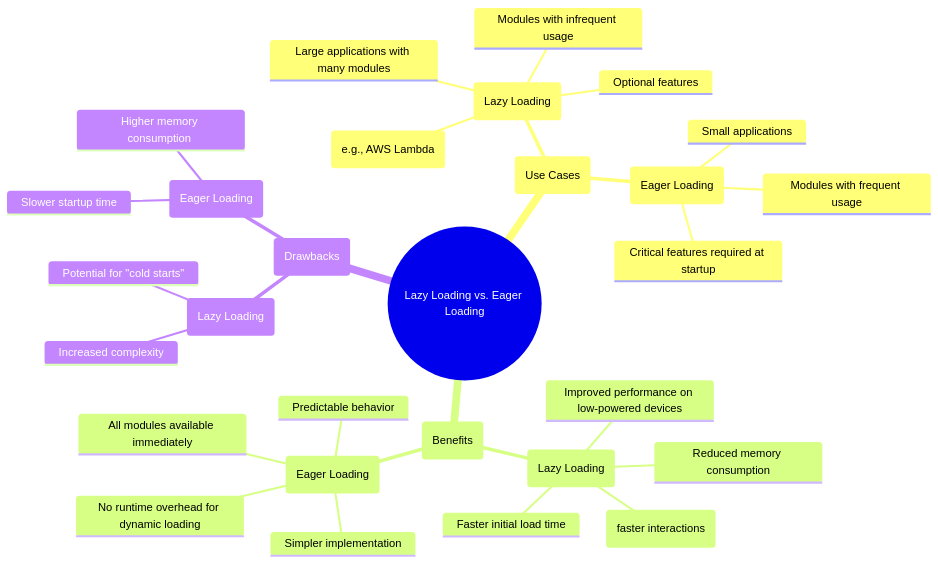
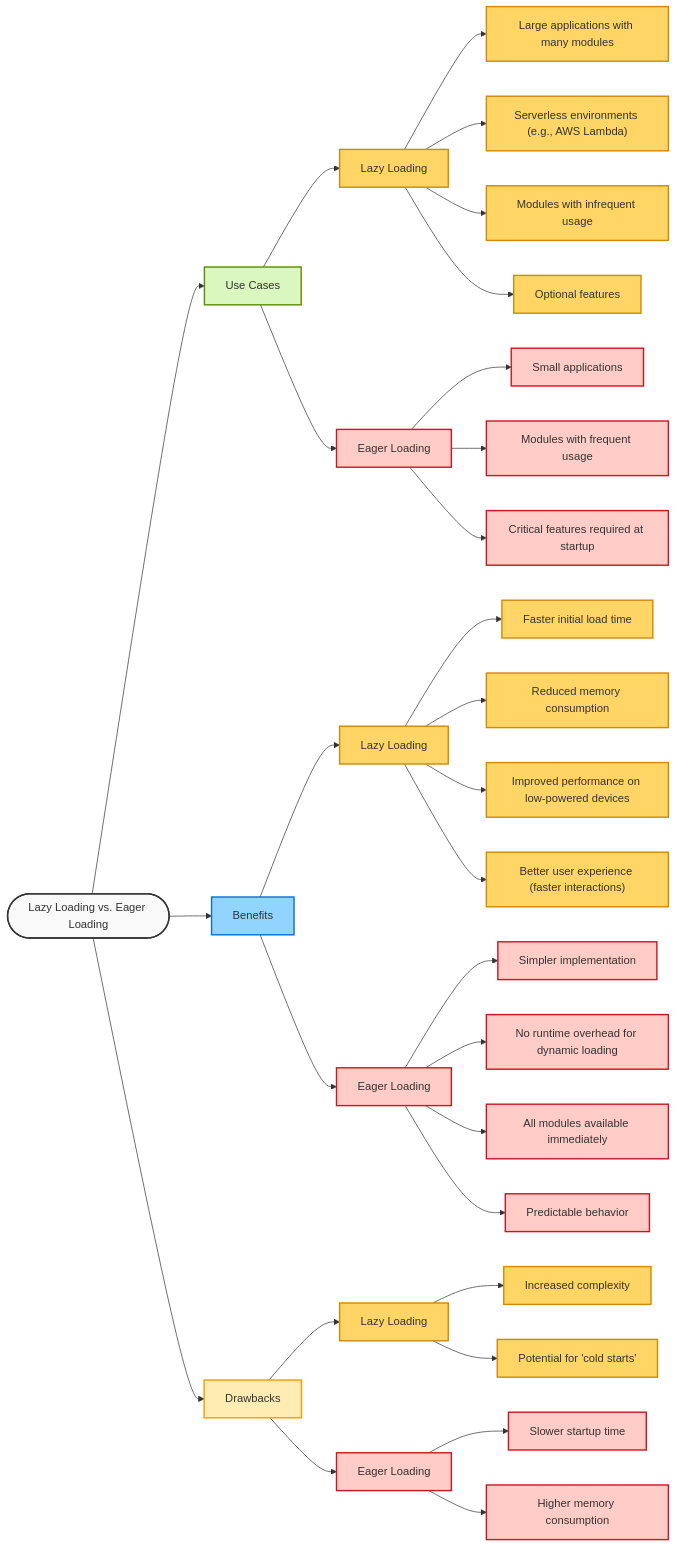
Before and after one commit to kelvin-bz/nest-lazy-loading-modules: the first of 3 diagrams in README.md, drawn with Mermaid. The commit also changed other lines of this file, not shown here.

Commit message:
Change type of digrams

````diff
--- a/README.md
+++ b/README.md
@@ -5,33 +5,49 @@
 ```mermaid
-mindmap
-  root((Lazy Loading vs. Eager Loading))
-    sub("Use Cases")
-      branch("Lazy Loading")
-        Large applications with many modules
-        Serverless environments (e.g., AWS Lambda)
-        Modules with infrequent usage
-        Optional features
-      branch("Eager Loading")
-        Small applications
-        Modules with frequent usage
-        Critical features required at startup
-    sub("Benefits")
-      branch("Lazy Loading")
-        Faster initial load time
-        Reduced memory consumption
-        Improved performance on low-powered devices
-        Better user experience (faster interactions)
-      branch("Eager Loading")
-        Simpler implementation
-        No runtime overhead for dynamic loading
-        All modules available immediately
-        Predictable behavior
-    sub("Drawbacks")
-      branch("Lazy Loading")
-        Increased complexity
-        Potential for "cold starts"
-      branch("Eager Loading")
-        Slower startup time
-        Higher memory consumption 
+flowchart LR
+    A([Lazy Loading vs. Eager Loading]):::root
+
+    A --> B[Use Cases]:::usecase
+    B --> C[Lazy Loading]:::lazyloading
+    B --> D[Eager Loading]:::eagerloading
+
+    C --> C1[Large applications with many modules]:::lazyloading
+    C --> C2["Serverless environments (e.g., AWS Lambda)"]:::lazyloading
+    C --> C3[Modules with infrequent usage]:::lazyloading
+    C --> C4[Optional features]:::lazyloading
+
+    D --> D1[Small applications]:::eagerloading
+    D --> D2[Modules with frequent usage]:::eagerloading
+    D --> D3[Critical features required at startup]:::eagerloading
+
+    A --> E[Benefits]:::benefits
+    E --> F[Lazy Loading]:::lazyloading
+    E --> G[Eager Loading]:::eagerloading
+
+    F --> F1[Faster initial load time]:::lazyloading
+    F --> F2[Reduced memory consumption]:::lazyloading
+    F --> F3[Improved performance on low-powered devices]:::lazyloading
+    F --> F4["Better user experience (faster interactions)"]:::lazyloading
+
+    G --> G1[Simpler implementation]:::eagerloading
+    G --> G2[No runtime overhead for dynamic loading]:::eagerloading
+    G --> G3[All modules available immediately]:::eagerloading
+    G --> G4[Predictable behavior]:::eagerloading
+
+    A --> H[Drawbacks]:::drawbacks
+    H --> I[Lazy Loading]:::lazyloading
+    H --> J[Eager Loading]:::eagerloading
+
+    I --> I1[Increased complexity]:::lazyloading
+    I --> I2["Potential for 'cold starts'"]:::lazyloading
+
+    J --> J1[Slower startup time]:::eagerloading
+    J --> J2[Higher memory consumption]:::eagerloading
+
+    classDef root fill:#f9f9f9,stroke:#333,stroke-width:2px;
+    classDef usecase fill:#d9f7be,stroke:#5b8c00,stroke-width:2px;
+    classDef lazyloading fill:#ffd666,stroke:#d48806,stroke-width:2px;
+    classDef eagerloading fill:#ffccc7,stroke:#cf1322,stroke-width:2px;
+    classDef benefits fill:#91d5ff,stroke:#096dd9,stroke-width:2px;
+    classDef drawbacks fill:#ffecb3,stroke:#ff9800,stroke-width:2px;
 
 ```
````
